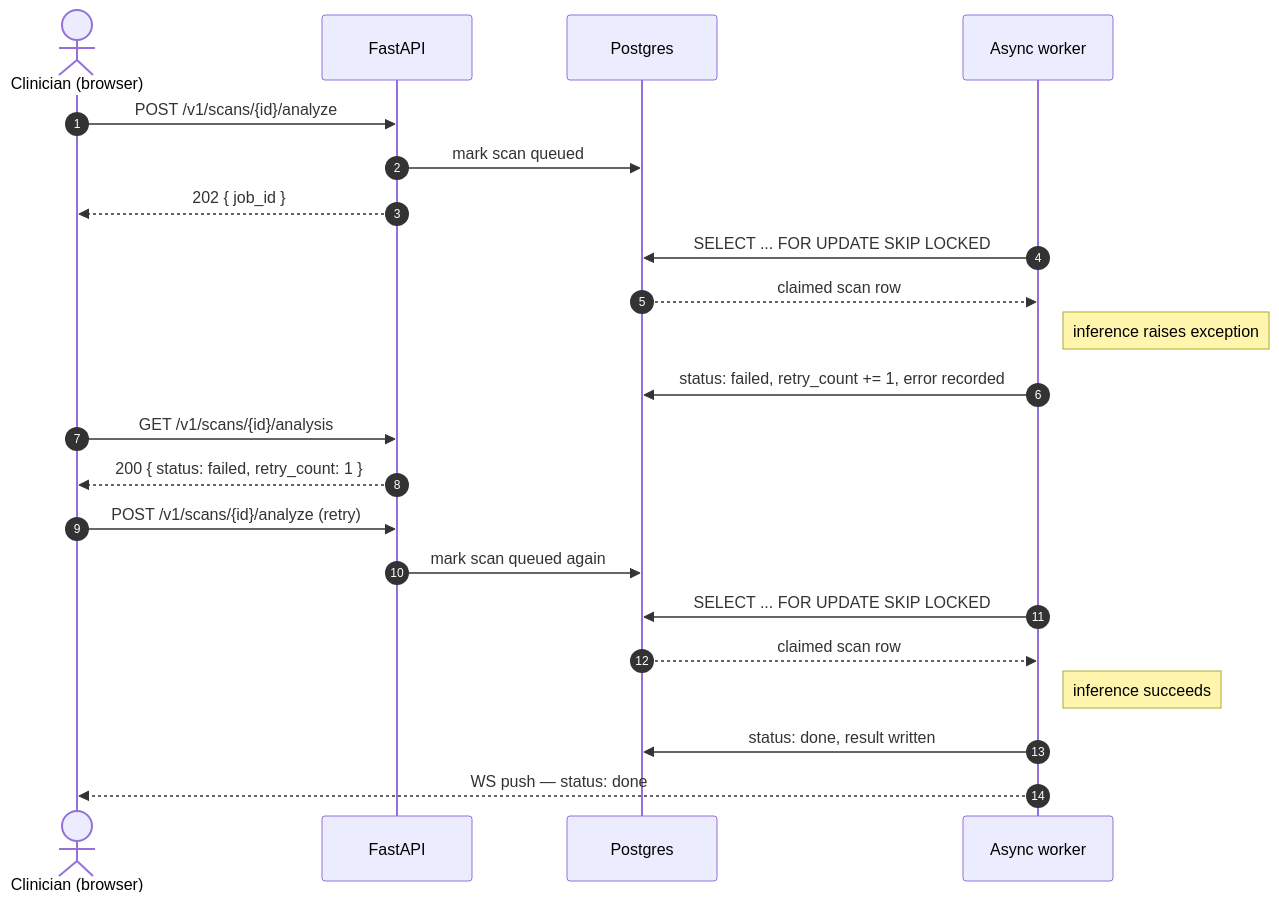
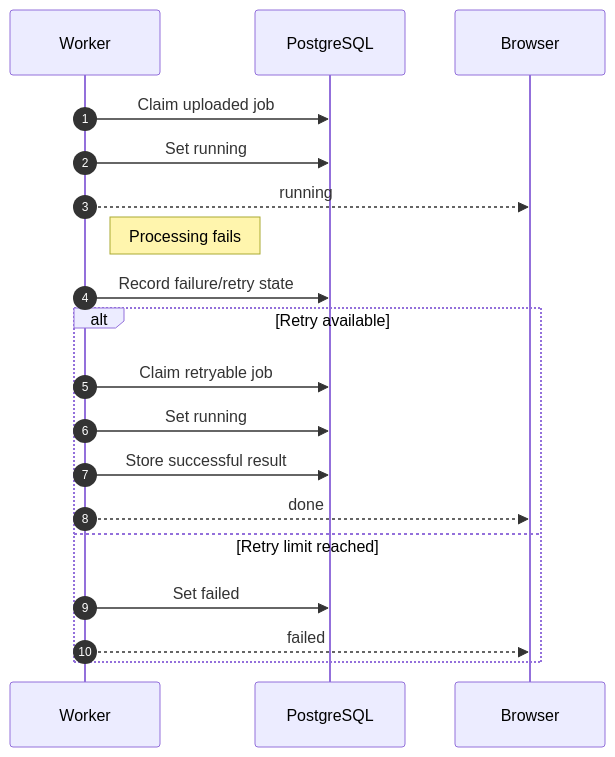
The fourth of 5 diagrams in docs/architecture.md (Atri-0342/intern-training), drawn with Mermaid before and after one commit. The commit also changed other lines of this file and 10 other files, not shown here.

````diff
--- a/docs/architecture.md
+++ b/docs/architecture.md
@@ -179,28 +792,26 @@
 ```mermaid
 sequenceDiagram
     autonumber
-    actor C as Clinician (browser)
-    participant F as FastAPI
-    participant P as Postgres
-    participant W as Async worker
 
-    C->>F: POST /v1/scans/{id}/analyze
-    F->>P: mark scan queued
-    F-->>C: 202 { job_id }
+    participant W as Worker
+    participant DB as PostgreSQL
+    participant B as Browser
 
-    W->>P: SELECT ... FOR UPDATE SKIP LOCKED
-    P-->>W: claimed scan row
-    Note right of W: inference raises exception
-    W->>P: status: failed, retry_count += 1, error recorded
+    W->>DB: Claim uploaded job
+    W->>DB: Set running
+    W-->>B: running
 
-    C->>F: GET /v1/scans/{id}/analysis
-    F-->>C: 200 { status: failed, retry_count: 1 }
+    Note right of W: Processing fails
 
-    C->>F: POST /v1/scans/{id}/analyze (retry)
-    F->>P: mark scan queued again
-    W->>P: SELECT ... FOR UPDATE SKIP LOCKED
-    P-->>W: claimed scan row
-    Note right of W: inference succeeds
-    W->>P: status: done, result written
-    W-->>C: WS push — status: done
+    W->>DB: Record failure/retry state
+
+    alt Retry available
+        W->>DB: Claim retryable job
+        W->>DB: Set running
+        W->>DB: Store successful result
+        W-->>B: done
+    else Retry limit reached
+        W->>DB: Set failed
+        W-->>B: failed
+    end
 ```
````
